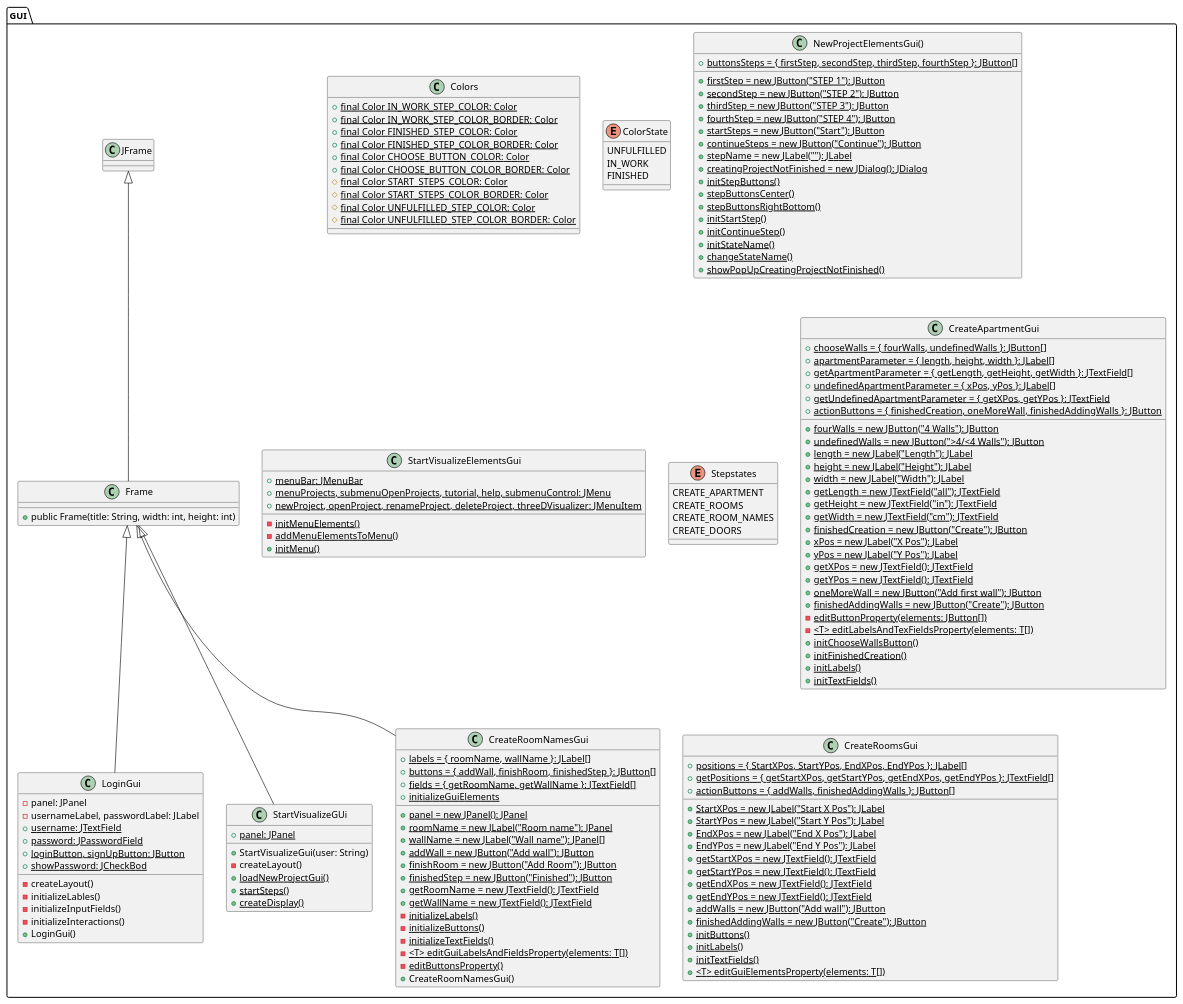
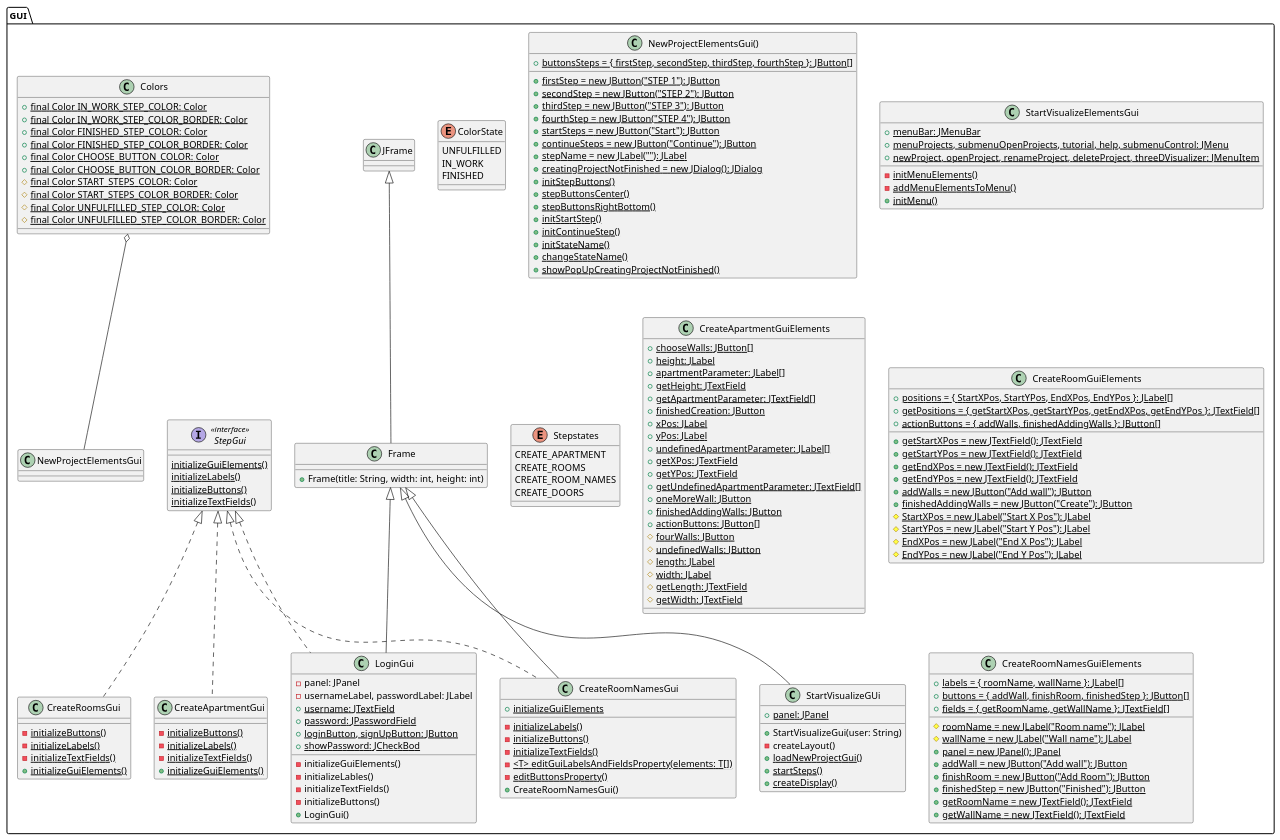
One commit to Raboro/Home-Visualizer changed the diagram in doc/Diagrams/class diagrams/GUI class diagram.md. Above: the diagram before and after it, drawn with PlantUML. The commit also changed 6 other files, not shown here.

Commit message:
update uml

```diff
--- a/doc/Diagrams/class diagrams/GUI class diagram.md
+++ b/doc/Diagrams/class diagrams/GUI class diagram.md
@@ -3,23 +3,23 @@
 
 namespace GUI {
     class Frame extends JFrame {
-        + public Frame(title: String, width: int, height: int)
+        + Frame(title: String, width: int, height: int)
     }
 
-    class LoginGui extends Frame{
-        - panel: JPanel
-        - usernameLabel, passwordLabel: JLabel
-        {static} + username: JTextField        
-        {static} + password: JPasswordField         
-        {static} + loginButton, signUpButton: JButton       
-        {static} + showPassword: JCheckBod
-        - createLayout()
-        - initializeLables()
-        - initializeInputFields()
-        - initializeInteractions()
-        + LoginGui()
-    }
-
+    class LoginGui extends Frame implements StepGui{
+            - panel: JPanel
+            - usernameLabel, passwordLabel: JLabel
+            {static} + username: JTextField        
+            {static} + password: JPasswordField         
+            {static} + loginButton, signUpButton: JButton       
+            {static} + showPassword: JCheckBod
+            - initializeGuiElements()
+            - initializeLables()
+            - initializeTextFields()
+            - initializeButtons()
+            + LoginGui()
+        }
+    
     class StartVisualizeGUi extends Frame {
         {static} + panel: JPanel
         + StartVisualizeGui(user: String)
@@ -48,6 +48,7 @@
         FINISHED
     }
 
+    Colors o-- NewProjectElementsGui
     class NewProjectElementsGui() {
         {static} + firstStep = new JButton("STEP 1"): JButton
         {static} + secondStep = new JButton("STEP 2"): JButton
@@ -84,68 +85,82 @@
         CREATE_DOORS
     }
 
-    class CreateApartmentGui{
-        {static} + fourWalls = new JButton("4 Walls"): JButton
-        {static} + undefinedWalls = new JButton(">4/<4 Walls"): JButton
-        {static} + chooseWalls = { fourWalls, undefinedWalls }: JButton[]
-        {static} + length = new JLabel("Length"): JLabel
-        {static} + height = new JLabel("Height"): JLabel
-        {static} + width = new JLabel("Width"): JLabel
-        {static} + apartmentParameter = { length, height, width }: JLabel[]
-        {static} + getLength = new JTextField("all"): JTextField
-        {static} + getHeight = new JTextField("in"): JTextField
-        {static} + getWidth = new JTextField("cm"): JTextField
-        {static} + getApartmentParameter = { getLength, getHeight, getWidth }: JTextField[]
-        {static} + finishedCreation = new JButton("Create"): JButton
-        {static} + xPos = new JLabel("X Pos"): JLabel
-        {static} + yPos = new JLabel("Y Pos"): JLabel
-        {static} + undefinedApartmentParameter = { xPos, yPos }: JLabel[]
-        {static} + getXPos = new JTextField(): JTextField
-        {static} + getYPos = new JTextField(): JTextField
-        {static} + getUndefinedApartmentParameter = { getXPos, getYPos }: JTextField
-        {static} +  oneMoreWall = new JButton("Add first wall"): JButton
-        {static} + finishedAddingWalls = new JButton("Create"): JButton
-        {static} + actionButtons = { finishedCreation, oneMoreWall, finishedAddingWalls }: JButton
-        {static} - editButtonProperty(elements: JButton[]) 
-        {static} - <T> editLabelsAndTexFieldsProperty(elements: T[])
-        {static} + initChooseWallsButton()
-        {static} + initFinishedCreation()
-        {static} + initLabels()
-        {static} + initTextFields()
+    interface StepGui <<interface>> {
+        {static} initializeGuiElements()
+        {static} initializeLabels()
+        {static} initializeButtons()
+        {static} initializeTextFields()
     }
 
-    class CreateRoomsGui{
-        {static} + StartXPos = new JLabel("Start X Pos"): JLabel 
-        {static} + StartYPos = new JLabel("Start Y Pos"): JLabel 
-        {static} + EndXPos = new JLabel("End X Pos"): JLabel 
-        {static} + EndYPos = new JLabel("End Y Pos"): JLabel 
+    class CreateApartmentGuiElements {
+        {static} + chooseWalls: JButton[]
+        {static} + height: JLabel
+        {static} + apartmentParameter: JLabel[]
+        {static} + getHeight: JTextField
+        {static} + getApartmentParameter: JTextField[]
+        {static} + finishedCreation: JButton
+        {static} + xPos: JLabel
+        {static} + yPos: JLabel
+        {static} + undefinedApartmentParameter: JLabel[]
+        {static} + getXPos: JTextField
+        {static} + getYPos: JTextField
+        {static} + getUndefinedApartmentParameter: JTextField[]
+        {static} + oneMoreWall: JButton
+        {static} + finishedAddingWalls: JButton
+        {static} + actionButtons: JButton[]
+        {static} # fourWalls: JButton
+        {static} # undefinedWalls: JButton
+        {static} # length: JLabel
+        {static} # width: JLabel
+        {static} # getLength: JTextField
+        {static} # getWidth: JTextField
+    }
+
+    class CreateApartmentGui implements StepGui {
+        {static} - initializeButtons()
+        {static} - initializeLabels()
+        {static} - initializeTextFields()
+        {static} + initializeGuiElements()
+    }
+
+    class CreateRoomGuiElements {
         {static} + positions = { StartXPos, StartYPos, EndXPos, EndYPos }: JLabel[] 
         {static} + getStartXPos = new JTextField(): JTextField
         {static} + getStartYPos = new JTextField(): JTextField
         {static} + getEndXPos = new JTextField(): JTextField
         {static} + getEndYPos = new JTextField(): JTextField
-        {static} + getPositions = { getStartXPos, getStartYPos, getEndXPos, getEndYPos }: JTextField[]
+        {static} + getPositions = { getStartXPos, getStartYPos, getEndXPos, getEndYPos }: JTextField[] 
         {static} + addWalls = new JButton("Add wall"): JButton
         {static} + finishedAddingWalls = new JButton("Create"): JButton
         {static} + actionButtons = { addWalls, finishedAddingWalls }: JButton[]
-        {static} + initButtons()
-        {static} + initLabels()
-        {static} + initTextFields()
-        {static} + <T> editGuiElementsProperty(elements: T[])
+        {static} # StartXPos = new JLabel("Start X Pos"): JLabel
+        {static} # StartYPos = new JLabel("Start Y Pos"): JLabel
+        {static} # EndXPos = new JLabel("End X Pos"): JLabel
+        {static} # EndYPos = new JLabel("End Y Pos"): JLabel
     }
 
-    class CreateRoomNamesGui extends Frame {
+    class CreateRoomsGui implements StepGui {
+        {static} - initializeButtons()
+        {static} - initializeLabels()
+        {static} - initializeTextFields()
+        {static} + initializeGuiElements()
+    }
+
+    class CreateRoomNamesGuiElements {
+        {static} # roomName = new JLabel("Room name"): JLabel
+        {static} # wallName = new JLabel("Wall name"): JLabel
         {static} + panel = new JPanel(): JPanel
-        {static} + roomName = new JLabel("Room name"): JPanel
-        {static} + wallName = new JLabel("Wall name"): JPanel[]
-        {static} + labels = { roomName, wallName }: JLabel[] 
-        {static} + addWall = new JButton("Add wall"): JButton
-        {static} + finishRoom = new JButton("Add Room"): JButton 
-        {static} + finishedStep = new JButton("Finished"): JButton 
+        {static} + labels = { roomName, wallName }: JLabel[]
+        {static} + addWall = new JButton("Add wall"): JButton  
+        {static} + finishRoom = new JButton("Add Room"): JButton  
+        {static} + finishedStep = new JButton("Finished"): JButton  
         {static} + buttons = { addWall, finishRoom, finishedStep }: JButton[]
         {static} + getRoomName = new JTextField(): JTextField
         {static} + getWallName = new JTextField(): JTextField
         {static} + fields = { getRoomName, getWallName }: JTextField[]
+    } 
+
+    class CreateRoomNamesGui extends Frame implements StepGui {
         {static} + initializeGuiElements 
         {static} - initializeLabels()
         {static} - initializeButtons()
```
